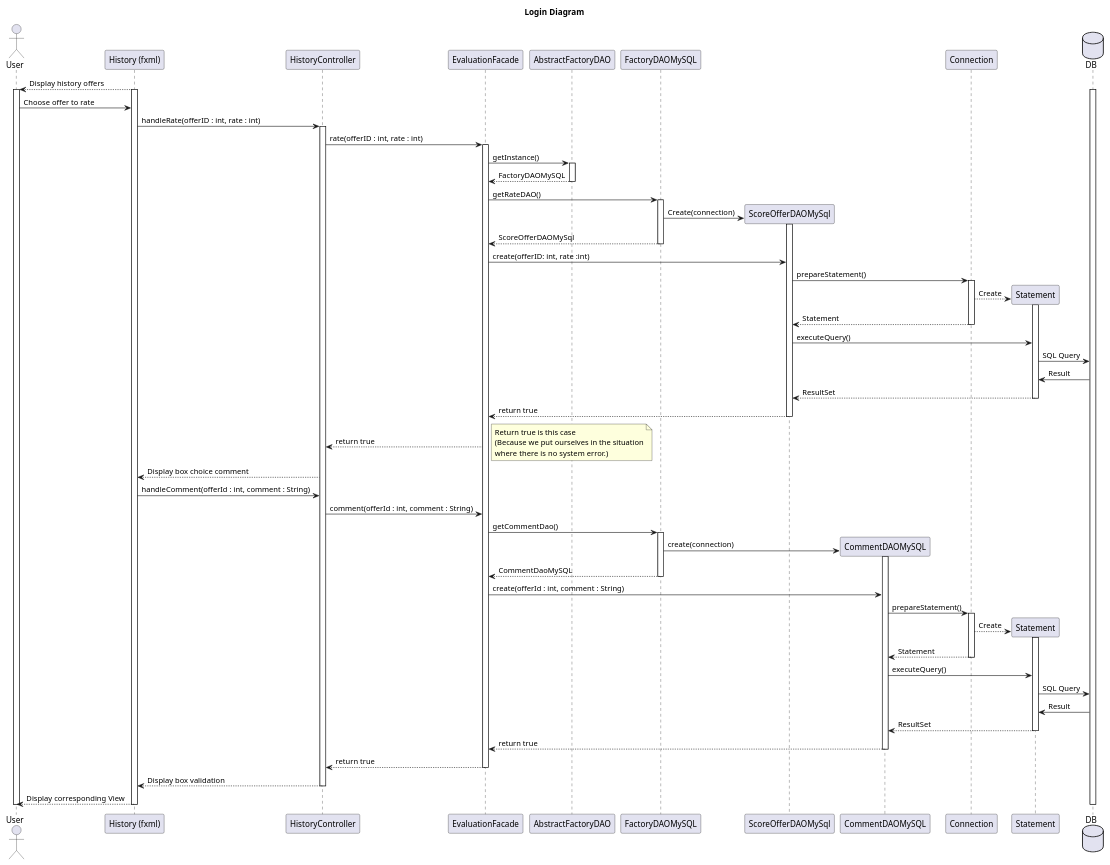
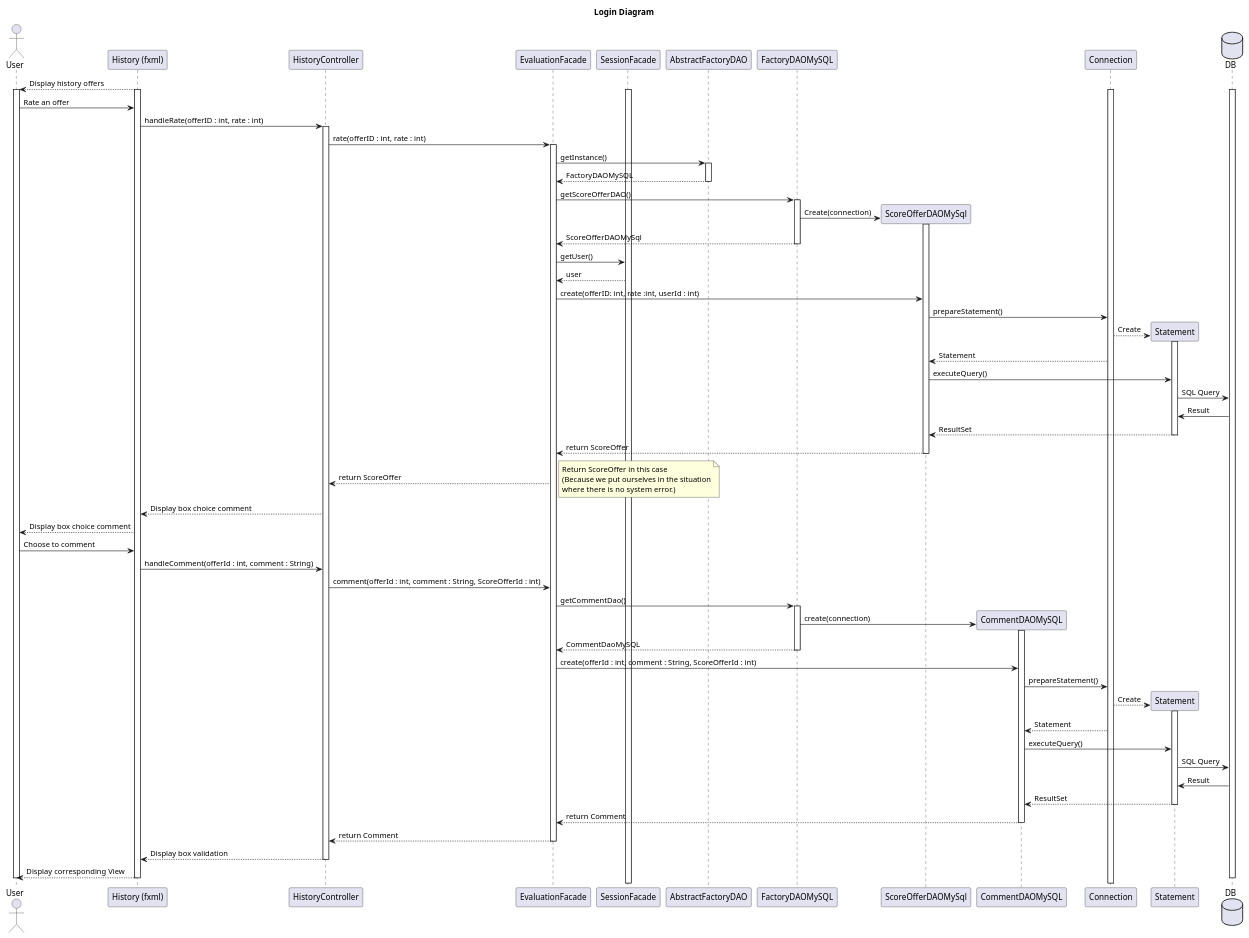
One commit to LaunoisRemy/ToolShare changed the diagram in documents/diagram/evaluation/evaluationSequence.puml. Above: the diagram before and after it, drawn with PlantUML. The commit also changed 6 other files, not shown here.

Commit message:
Fix diagrams evaluation and dao diagrams

```diff
--- a/documents/diagram/evaluation/evaluationSequence.puml
+++ b/documents/diagram/evaluation/evaluationSequence.puml
@@ -1,136 +1,139 @@
 @startuml
 title Login Diagram
 
 actor User
 participant "History (fxml)"
 participant HistoryController
 participant EvaluationFacade
+participant SessionFacade
 participant AbstractFactoryDAO
 participant FactoryDAOMySQL
 participant ScoreOfferDAOMySql
 participant CommentDAOMySQL
 participant Connection
 participant Statement
 database DB
 
 
 "History (fxml)"-->User: Display history offers
 
 activate "History (fxml)"
 activate User
 activate DB
+activate SessionFacade
+activate Connection
 
-
-User->"History (fxml)":Choose offer to rate
+User->"History (fxml)": Rate an offer
 
 "History (fxml)"->HistoryController: handleRate(offerID : int, rate : int)
 
 activate HistoryController
 
 HistoryController->EvaluationFacade: rate(offerID : int, rate : int)
 
 
 
 activate EvaluationFacade
 
 EvaluationFacade->AbstractFactoryDAO:getInstance()
 activate AbstractFactoryDAO
 
 
 AbstractFactoryDAO--> EvaluationFacade : FactoryDAOMySQL
 deactivate AbstractFactoryDAO
 
-EvaluationFacade -> FactoryDAOMySQL:getRateDAO()
+EvaluationFacade -> FactoryDAOMySQL:getScoreOfferDAO()
 
 activate FactoryDAOMySQL
 
 FactoryDAOMySQL->ScoreOfferDAOMySql **:Create(connection)
 
 activate ScoreOfferDAOMySql
 FactoryDAOMySQL-->EvaluationFacade:ScoreOfferDAOMySql
 
 deactivate FactoryDAOMySQL
-
-EvaluationFacade->ScoreOfferDAOMySql: create(offerID: int, rate :int)
+EvaluationFacade -> SessionFacade : getUser()
+SessionFacade --> EvaluationFacade : user
+EvaluationFacade->ScoreOfferDAOMySql: create(offerID: int, rate :int, userId : int)
 
 ScoreOfferDAOMySql->Connection: prepareStatement()
-activate Connection
+
 
 Connection-->Statement **: Create
 
 activate Statement
 
 Connection-->ScoreOfferDAOMySql: Statement
 
-deactivate Connection
+
 
 ScoreOfferDAOMySql->Statement:executeQuery()
 
 Statement->DB: SQL Query
 
 DB->Statement:Result
 
 Statement-->ScoreOfferDAOMySql: ResultSet
 
 deactivate Statement
 
-ScoreOfferDAOMySql-->EvaluationFacade: return true
+ScoreOfferDAOMySql-->EvaluationFacade: return ScoreOffer
 deactivate ScoreOfferDAOMySql
 
 
-EvaluationFacade --> HistoryController : return true
+EvaluationFacade --> HistoryController : return ScoreOffer
 note right
-    Return true is this case
+    Return ScoreOffer in this case
     (Because we put ourselves in the situation
     where there is no system error.)
 end note
 
 
 
 HistoryController-->"History (fxml)": Display box choice comment
+"History (fxml)" --> User : Display box choice comment
+User -> "History (fxml)" : Choose to comment
 "History (fxml)" -> HistoryController : handleComment(offerId : int, comment : String)
-HistoryController -> EvaluationFacade : comment(offerId : int, comment : String)
+HistoryController -> EvaluationFacade : comment(offerId : int, comment : String, ScoreOfferId : int)
 EvaluationFacade -> FactoryDAOMySQL : getCommentDao()
 activate FactoryDAOMySQL
 FactoryDAOMySQL -> CommentDAOMySQL **: create(connection)
 activate CommentDAOMySQL
 FactoryDAOMySQL --> EvaluationFacade : CommentDaoMySQL
 deactivate FactoryDAOMySQL
-EvaluationFacade -> CommentDAOMySQL : create(offerId : int, comment : String)
+EvaluationFacade -> CommentDAOMySQL : create(offerId : int, comment : String, ScoreOfferId : int)
 
 CommentDAOMySQL->Connection: prepareStatement()
-activate Connection
 
 Connection-->Statement **: Create
 
 activate Statement
 
 Connection-->CommentDAOMySQL: Statement
 
-deactivate Connection
 
 CommentDAOMySQL->Statement:executeQuery()
 
 Statement->DB: SQL Query
 
 DB->Statement:Result
 
 Statement-->CommentDAOMySQL: ResultSet
 
 deactivate Statement
-CommentDAOMySQL --> EvaluationFacade : return true
+CommentDAOMySQL --> EvaluationFacade : return Comment
 deactivate CommentDAOMySQL
-EvaluationFacade --> HistoryController : return true
+EvaluationFacade --> HistoryController : return Comment
 deactivate EvaluationFacade
 HistoryController --> "History (fxml)" : Display box validation
 
 deactivate EvaluationFacade
 
 deactivate HistoryController
 
 "History (fxml)"-->User: Display corresponding View
 deactivate "History (fxml)"
 deactivate DB
 deactivate User
 
 @enduml
```
